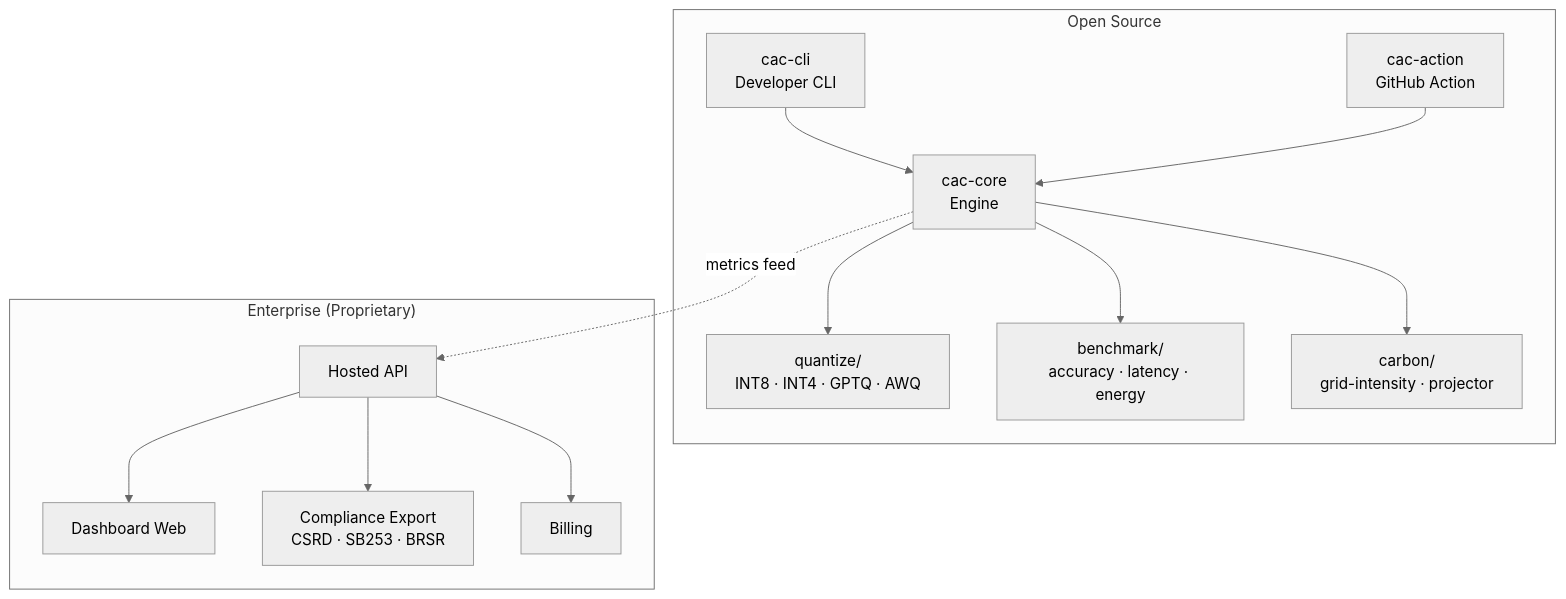
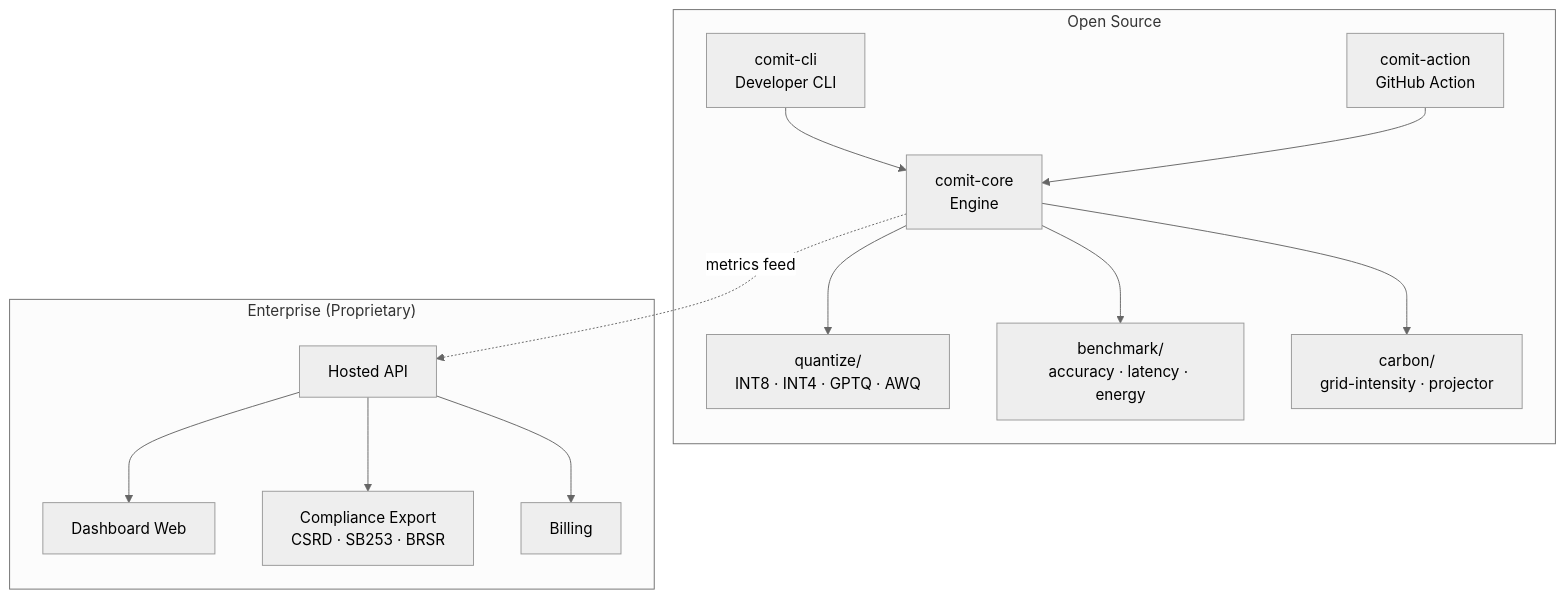
Before and after one commit to AAYUSHI003/CoalOmit: the diagram in README.md, drawn with Mermaid (neutral theme). The commit also changed other lines of this file and 75 other files, not shown here.

````diff
--- a/README.md
+++ b/README.md
@@ -70,28 +70,28 @@
 ```mermaid
 graph TD
     subgraph "Open Source"
-        CLI["cac-cli<br/>Developer CLI"]
-        CORE["cac-core<br/>Engine"]
-        ACTION["cac-action<br/>GitHub Action"]
+        CLI["comit-cli<br/>Developer CLI"]
+        CORE["comit-core<br/>Engine"]
+        ACTION["comit-action<br/>GitHub Action"]
         
         CLI --> CORE
         ACTION --> CORE
         
         CORE --> Q["quantize/<br/>INT8 · INT4 · GPTQ · AWQ"]
         CORE --> B["benchmark/<br/>accuracy · latency · energy"]
         CORE --> C["carbon/<br/>grid-intensity · projector"]
     end
     
     subgraph "Enterprise (Proprietary)"
         API["Hosted API"]
         DASH["Dashboard Web"]
         COMP["Compliance Export<br/>CSRD · SB253 · BRSR"]
         BILL["Billing"]
         
         API --> DASH
         API --> COMP
         API --> BILL
     end
     
     CORE -.->|metrics feed| API
 ```
````
